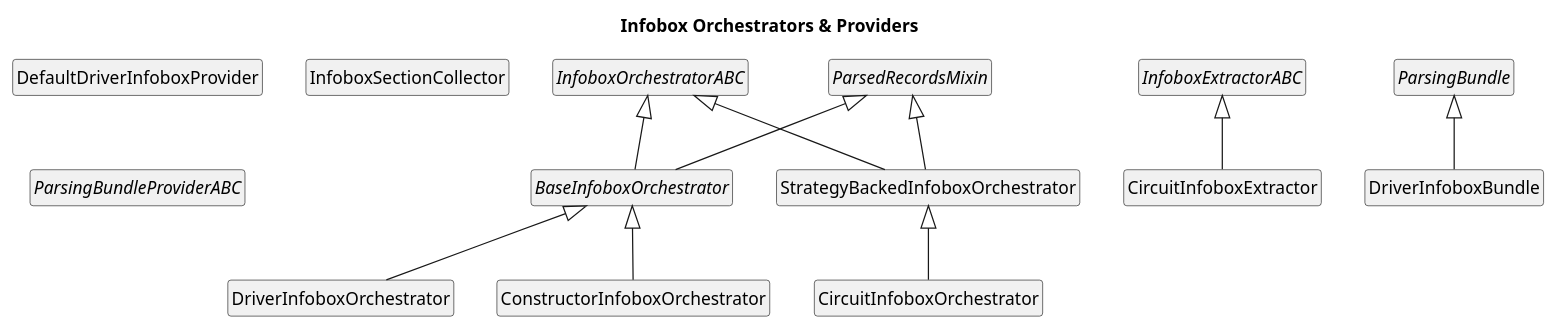
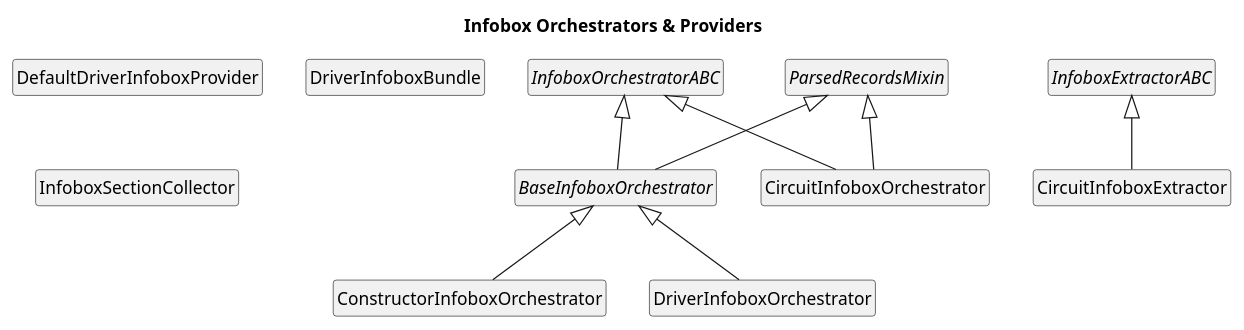
Before and after one commit to bgembalczyk/F1: the diagram in docs/uml/inheritance/infobox/01_orchestrators.puml, drawn with PlantUML. The commit also changed 19 other files, not shown here.

```diff
--- a/docs/uml/inheritance/infobox/01_orchestrators.puml
+++ b/docs/uml/inheritance/infobox/01_orchestrators.puml
@@ -1,32 +1,27 @@
 @startuml
 title Infobox Orchestrators & Providers
 skinparam classAttributeIconSize 0
 hide empty members
 hide circle
 
 abstract class BaseInfoboxOrchestrator
 class CircuitInfoboxExtractor
 class CircuitInfoboxOrchestrator
 class ConstructorInfoboxOrchestrator
 class DefaultDriverInfoboxProvider
 class DriverInfoboxBundle
 class DriverInfoboxOrchestrator
 abstract class InfoboxExtractorABC
 abstract class InfoboxOrchestratorABC
 class InfoboxSectionCollector
 abstract class ParsedRecordsMixin
-abstract class ParsingBundle
-abstract class ParsingBundleProviderABC
-class StrategyBackedInfoboxOrchestrator
 
 InfoboxOrchestratorABC <|-- BaseInfoboxOrchestrator
 ParsedRecordsMixin <|-- BaseInfoboxOrchestrator
 InfoboxExtractorABC <|-- CircuitInfoboxExtractor
-StrategyBackedInfoboxOrchestrator <|-- CircuitInfoboxOrchestrator
+InfoboxOrchestratorABC <|-- CircuitInfoboxOrchestrator
+ParsedRecordsMixin <|-- CircuitInfoboxOrchestrator
 BaseInfoboxOrchestrator <|-- ConstructorInfoboxOrchestrator
-ParsingBundle <|-- DriverInfoboxBundle
 BaseInfoboxOrchestrator <|-- DriverInfoboxOrchestrator
-InfoboxOrchestratorABC <|-- StrategyBackedInfoboxOrchestrator
-ParsedRecordsMixin <|-- StrategyBackedInfoboxOrchestrator
 
 @enduml
```
